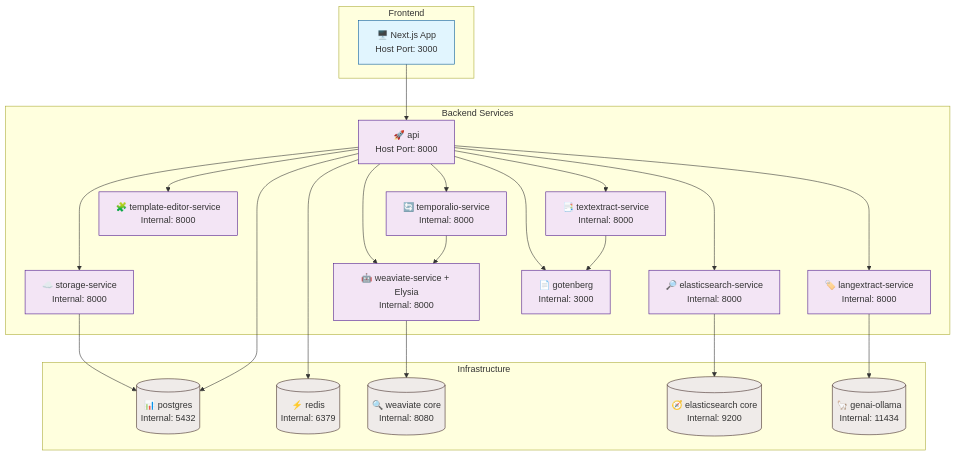
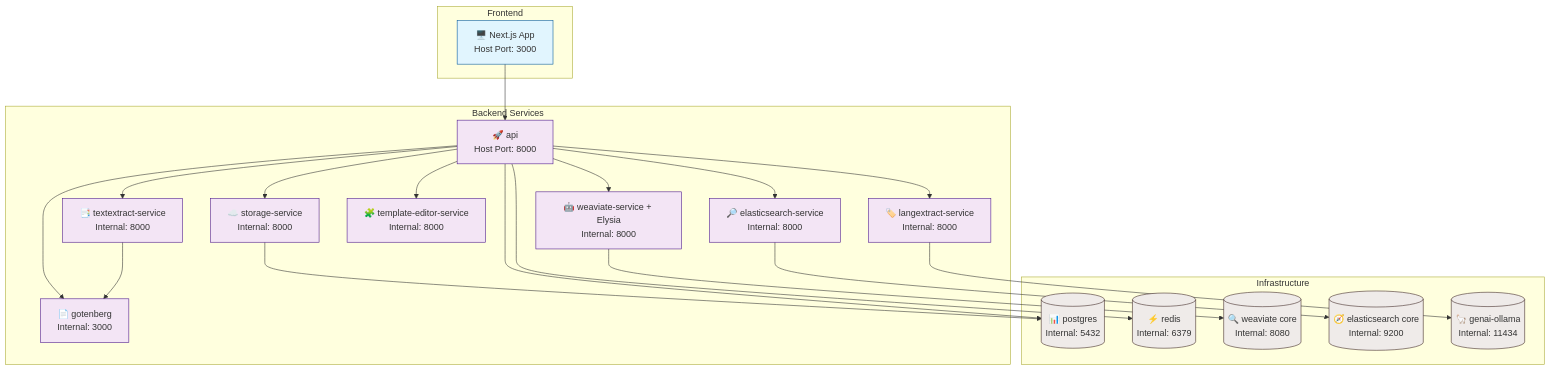
The diagram in backend/architecture/docker-architecture.md (horelvis/nexus-documents-ia), drawn with Mermaid before and after one commit. The commit also changed 67 other files, not shown here.

````diff
--- a/backend/architecture/docker-architecture.md
+++ b/backend/architecture/docker-architecture.md
@@ -5,53 +5,50 @@
 ```mermaid
 graph TB
     subgraph "Frontend"
         NextJS[🖥️ Next.js App<br/>Host Port: 3000]
     end
 
     subgraph "Backend Services"
         API[🚀 api<br/>Host Port: 8000]
         WeaviateSvc[🤖 weaviate-service + Elysia<br/>Internal: 8000]
         LangExtractSvc[🏷️ langextract-service<br/>Internal: 8000]
         TextExtractSvc[📑 textextract-service<br/>Internal: 8000]
         TemplateSvc[🧩 template-editor-service<br/>Internal: 8000]
-        TemporalSvc[🔄 temporalio-service<br/>Internal: 8000]
         StorageSvc[☁️ storage-service<br/>Internal: 8000]
         ElasticSvc[🔎 elasticsearch-service<br/>Internal: 8000]
         GotenbergSvc[📄 gotenberg<br/>Internal: 3000]
     end
 
     subgraph "Infrastructure"
         Postgres[(📊 postgres<br/>Internal: 5432)]
         Redis[(⚡ redis<br/>Internal: 6379)]
         WeaviateCore[(🔍 weaviate core<br/>Internal: 8080)]
         ElasticsearchCore[(🧭 elasticsearch core<br/>Internal: 9200)]
         Ollama[(🦙 genai-ollama<br/>Internal: 11434)]
     end
 
     NextJS --> API
     API --> WeaviateSvc
     API --> LangExtractSvc
     API --> TextExtractSvc
     API --> TemplateSvc
-    API --> TemporalSvc
     API --> StorageSvc
     API --> ElasticSvc
     API --> GotenbergSvc
 
     WeaviateSvc --> WeaviateCore
     LangExtractSvc --> Ollama
     TextExtractSvc --> GotenbergSvc
-    TemporalSvc --> WeaviateSvc
     StorageSvc --> Postgres
     API --> Postgres
     API --> Redis
     ElasticSvc --> ElasticsearchCore
 
     classDef frontend fill:#e1f5fe,stroke:#01579b
     classDef backend fill:#f3e5f5,stroke:#4a148c
     classDef infra fill:#efebe9,stroke:#3e2723
 
     class NextJS frontend
-    class API,WeaviateSvc,LangExtractSvc,TextExtractSvc,TemplateSvc,TemporalSvc,StorageSvc,ElasticSvc,GotenbergSvc backend
+    class API,WeaviateSvc,LangExtractSvc,TextExtractSvc,TemplateSvc,StorageSvc,ElasticSvc,GotenbergSvc backend
     class Postgres,Redis,WeaviateCore,ElasticsearchCore,Ollama infra
 ```
````
